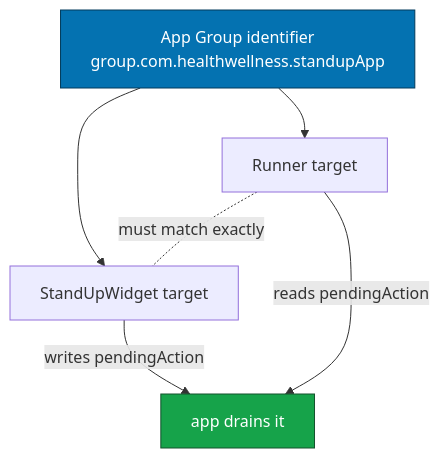
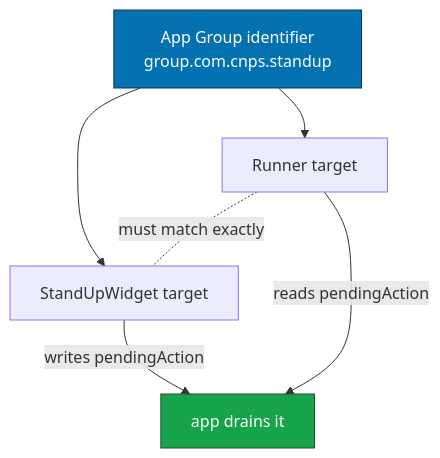
The second of 2 diagrams in docs/PLATFORM_SETUP.md (menoc61/standup), drawn with Mermaid before and after one commit. The commit also changed 40 other files, not shown here.

````diff
--- a/docs/PLATFORM_SETUP.md
+++ b/docs/PLATFORM_SETUP.md
@@ -157,12 +157,12 @@
 ```mermaid
 flowchart TD
-    ID["App Group identifier<br/>group.com.healthwellness.standupApp"]
+    ID["App Group identifier<br/>group.com.cnps.standup"]
     ID --> A1["Runner target"]
     ID --> A2["StandUpWidget target"]
     A1 -. "must match exactly" .- A2
     A2 -->|"writes pendingAction"| OK["app drains it"]
     A1 -->|"reads pendingAction"| OK
 
     style ID fill:#0472B1,color:#fff,stroke:#023b5c
     style OK fill:#16a34a,color:#fff,stroke:#14532d
 ```
````
